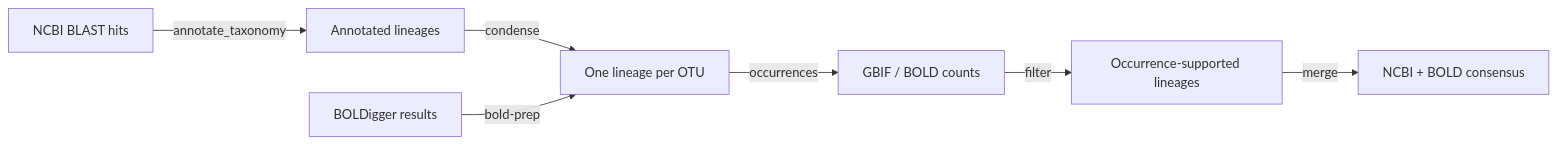
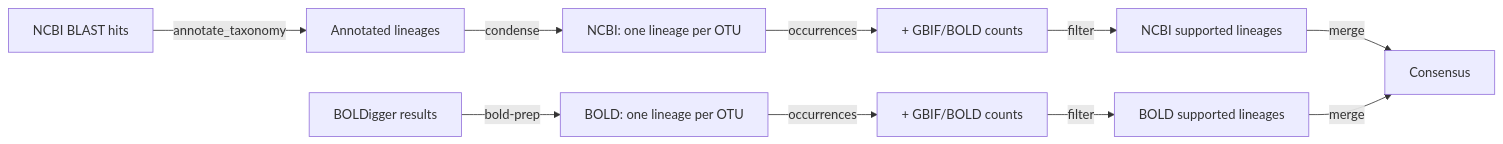
The diagram in README.md (sararsampaio/taxcord), drawn with Mermaid before and after one commit. The commit also changed other lines of this file, not shown here.

First line of the commit message:
Clarify in the README that NCBI and BOLD branches join only at merge

````diff
--- a/README.md
+++ b/README.md
@@ -19,9 +27,14 @@
 ```mermaid
 flowchart LR
     A[NCBI BLAST hits] -->|annotate_taxonomy| B[Annotated lineages]
-    B -->|condense| C[One lineage per OTU]
-    A2[BOLDigger results] -->|bold-prep| C
-    C -->|occurrences| D[GBIF / BOLD counts]
-    D -->|filter| E[Occurrence-supported lineages]
-    E -->|merge| F[NCBI + BOLD consensus]
+    B -->|condense| C[NCBI: one lineage per OTU]
+    C -->|occurrences| D[+ GBIF/BOLD counts]
+    D -->|filter| E[NCBI supported lineages]
+
+    A2[BOLDigger results] -->|bold-prep| C2[BOLD: one lineage per OTU]
+    C2 -->|occurrences| D2[+ GBIF/BOLD counts]
+    D2 -->|filter| E2[BOLD supported lineages]
+
+    E -->|merge| F[Consensus]
+    E2 -->|merge| F
 ```
````
